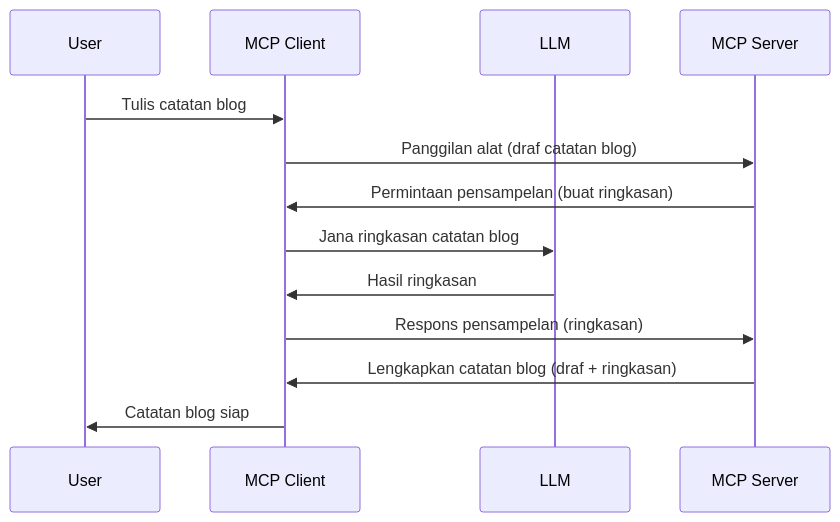
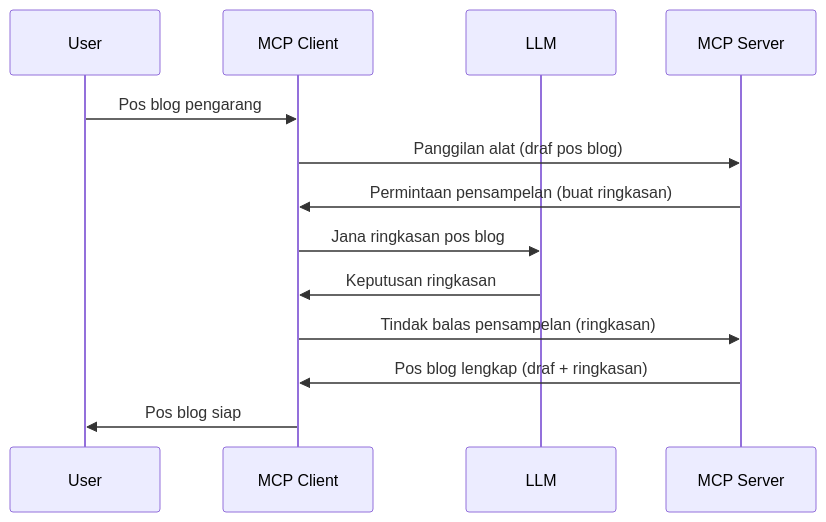
The diagram in mcp_ecosystem__model_context_protocol/mcp_learning_resources/mcp-for-beginners/translations/ms/03-GettingStarted/14-sampling/README.md (HIDORAKAI002/ai-workspace-archive), drawn with Mermaid before and after one commit. The commit also changed other lines of this file and 1046 other files, not shown here.

````diff
--- a/mcp_ecosystem__model_context_protocol/mcp_learning_resources/mcp-for-beginners/translations/ms/03-GettingStarted/14-sampling/README.md
+++ b/mcp_ecosystem__model_context_protocol/mcp_learning_resources/mcp-for-beginners/translations/ms/03-GettingStarted/14-sampling/README.md
@@ -23,16 +25,16 @@
 ```mermaid
 sequenceDiagram
     participant User
     participant MCP Client
     participant LLM
     participant MCP Server
 
-    User->>MCP Client: Tulis catatan blog
-    MCP Client->>MCP Server: Panggilan alat (draf catatan blog)
+    User->>MCP Client: Pos blog pengarang
+    MCP Client->>MCP Server: Panggilan alat (draf pos blog)
     MCP Server->>MCP Client: Permintaan pensampelan (buat ringkasan)
-    MCP Client->>LLM: Jana ringkasan catatan blog
-    LLM->>MCP Client: Hasil ringkasan
-    MCP Client->>MCP Server: Respons pensampelan (ringkasan)
-    MCP Server->>MCP Client: Lengkapkan catatan blog (draf + ringkasan)
-    MCP Client->>User: Catatan blog siap
+    MCP Client->>LLM: Jana ringkasan pos blog
+    LLM->>MCP Client: Keputusan ringkasan
+    MCP Client->>MCP Server: Tindak balas pensampelan (ringkasan)
+    MCP Server->>MCP Client: Pos blog lengkap (draf + ringkasan)
+    MCP Client->>User: Pos blog siap
 ```
````
